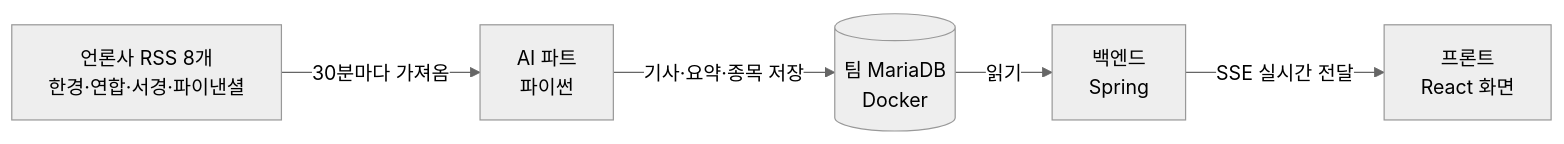
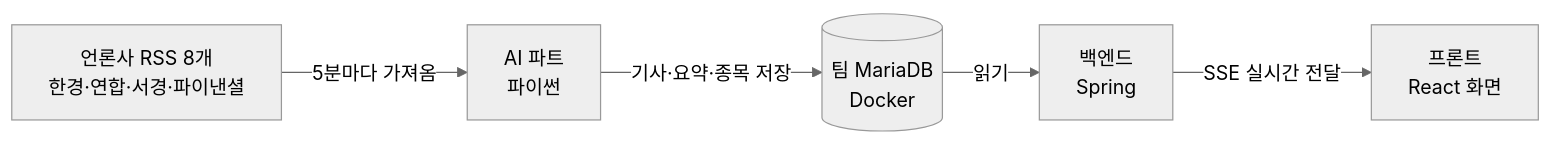
The first of 2 diagrams in ai/docs/학습/00_전체그림.md (hk-finance-team2/stock-news-matching), drawn with Mermaid (neutral theme) before and after one commit. The commit also changed other lines of this file and 10 other files, not shown here.

````diff
--- a/ai/docs/학습/00_전체그림.md
+++ b/ai/docs/학습/00_전체그림.md
@@ -9,7 +9,7 @@
 ```mermaid
 flowchart LR
-    RSS[언론사 RSS 8개<br/>한경·연합·서경·파이낸셜] -->|30분마다 가져옴| AI[AI 파트<br/>파이썬]
+    RSS[언론사 RSS 8개<br/>한경·연합·서경·파이낸셜] -->|5분마다 가져옴| AI[AI 파트<br/>파이썬]
     AI -->|기사·요약·종목 저장| DB[(팀 MariaDB<br/>Docker)]
     DB -->|읽기| BE[백엔드<br/>Spring]
     BE -->|SSE 실시간 전달| FE[프론트<br/>React 화면]
 ```
````
